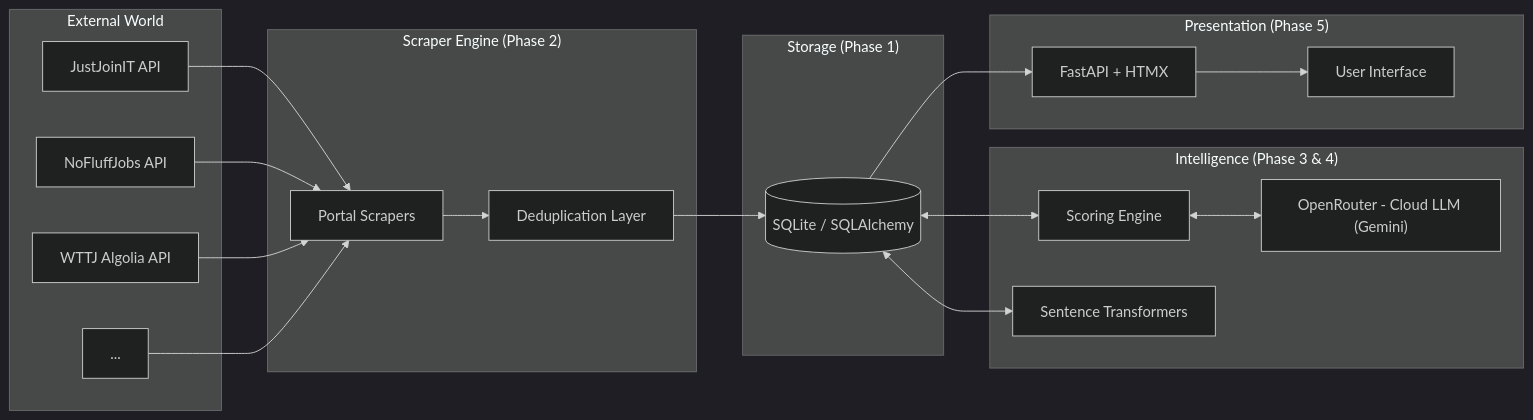
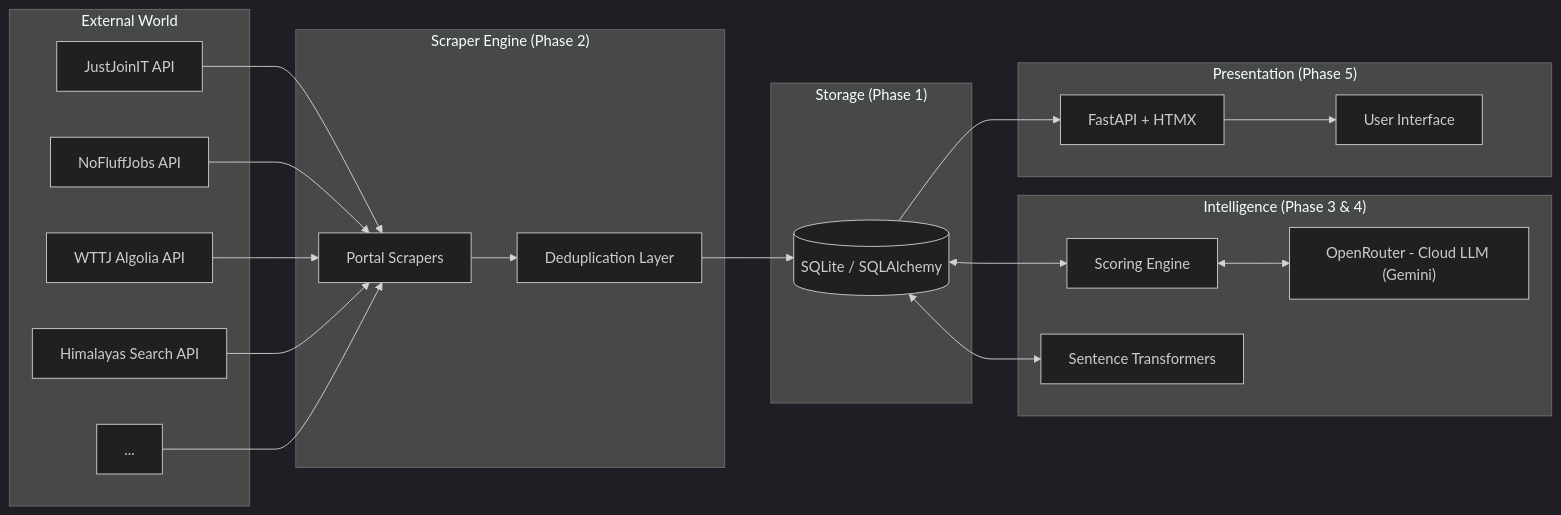
The first of 6 diagrams in docs/architecture.md (Havac25/career-scout-ai), drawn with Mermaid (dark theme) before and after one commit. The commit also changed other lines of this file and 5 other files, not shown here.

````diff
--- a/docs/architecture.md
+++ b/docs/architecture.md
@@ -91,38 +92,39 @@
 ```mermaid
 graph LR
     subgraph "External World"
         P1[JustJoinIT API]
         P2[NoFluffJobs API]
         P3[WTTJ Algolia API]
-        P4[...]
+        P4[Himalayas Search API]
+        P5[...]
     end
 
     subgraph "Scraper Engine (Phase 2)"
         SC[Portal Scrapers]
         DD[Deduplication Layer]
     end
 
     subgraph "Storage (Phase 1)"
         DB[(SQLite / SQLAlchemy)]
     end
 
     subgraph "Intelligence (Phase 3 & 4)"
         SE[Scoring Engine]
         OR["OpenRouter - Cloud LLM (Gemini)"]
         EM[Sentence Transformers]
     end
 
     subgraph "Presentation (Phase 5)"
         WEB[FastAPI + HTMX]
         UI[User Interface]
     end
 
-    P1 & P2 & P3 & P4 --> SC
+    P1 & P2 & P3 & P4 & P5 --> SC
     SC --> DD
     DD --> DB
     DB <--> SE
     SE <--> OR
     DB <--> EM
     DB --> WEB
     WEB --> UI
 ```
````
